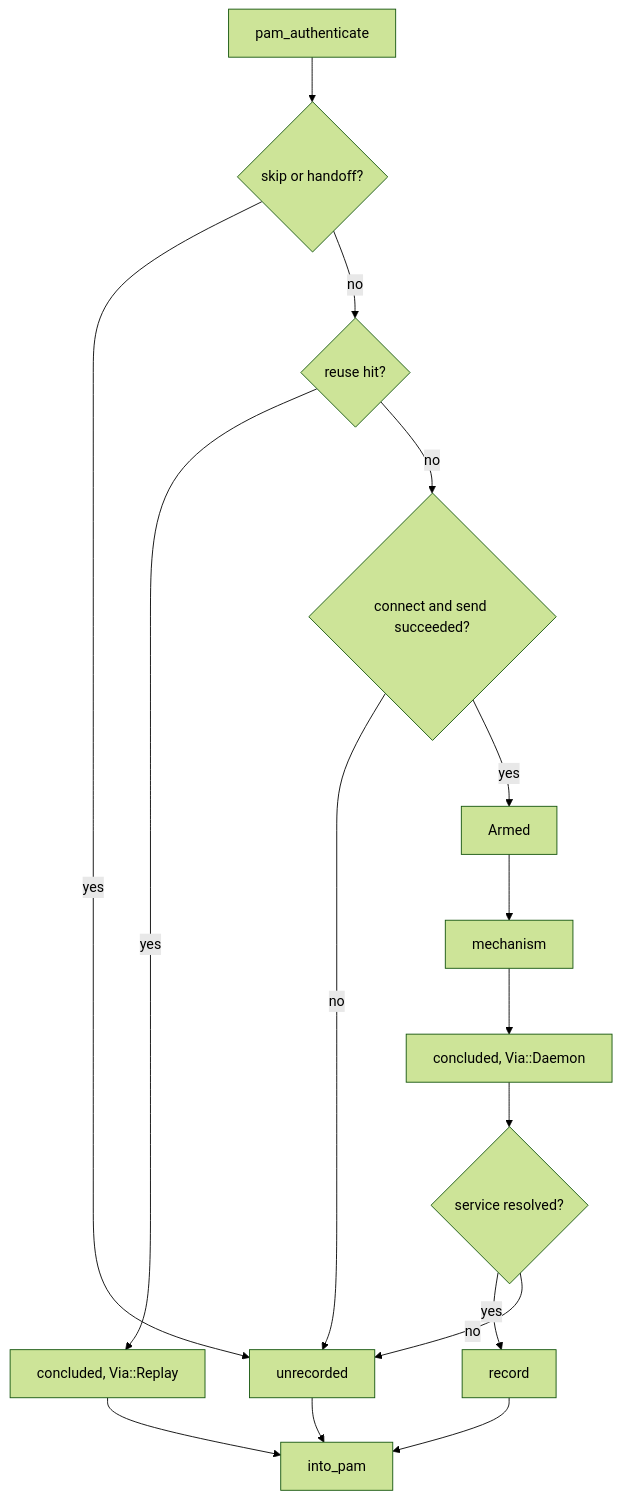
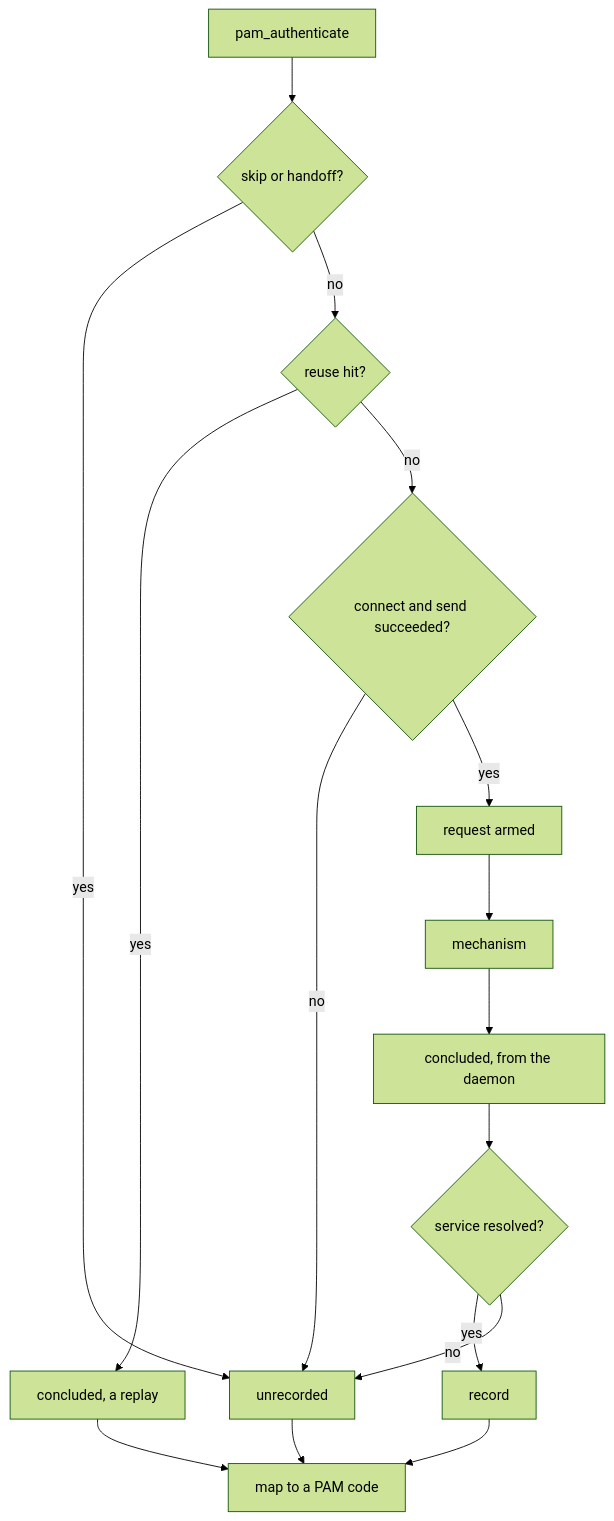
One commit to Lolle2000la/tapauth changed the seventh of 7 diagrams in docs/design-documents/pam-conversation-policy.md. Above: the diagram before and after it, drawn with Mermaid (forest theme). The commit also changed other lines of this file and 1 other file, not shown here.

First line of the commit message:
docs: move the client-pam code map into the crate docs

````diff
--- a/docs/design-documents/pam-conversation-policy.md
+++ b/docs/design-documents/pam-conversation-policy.md
@@ -372,18 +305,18 @@
 ```mermaid
 flowchart TD
     A[pam_authenticate] --> B{skip or handoff?}
     B -- yes --> U[unrecorded]
     B -- no --> C{reuse hit?}
-    C -- yes --> D[concluded, Via::Replay]
-    D --> J[into_pam]
+    C -- yes --> D[concluded, a replay]
+    D --> J[map to a PAM code]
     C -- no --> E{connect and send succeeded?}
     E -- no --> U
-    E -- yes --> F[Armed]
+    E -- yes --> F[request armed]
     F --> G[mechanism]
-    G --> H[concluded, Via::Daemon]
+    G --> H[concluded, from the daemon]
     H --> I{service resolved?}
     I -- yes --> K[record]
     I -- no --> U
     K --> J
     U --> J
 ```
````
